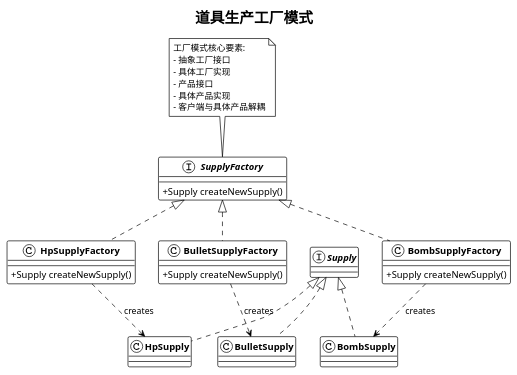
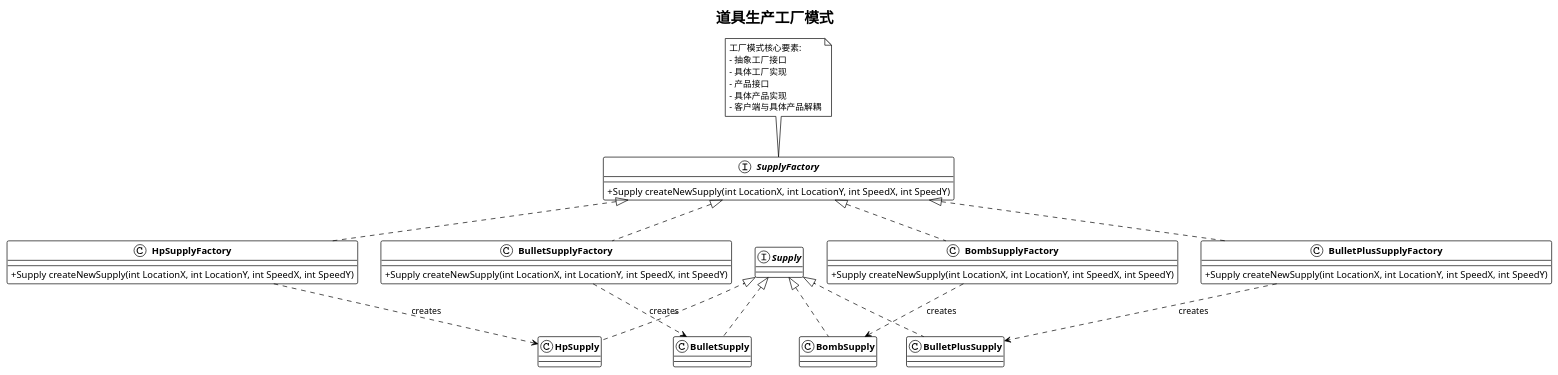
Before and after one commit to lxtf1216/AircraftWar: the diagram in uml/SupplyFactoryPattern.puml, drawn with PlantUML. The commit also changed 6 other files, not shown here.

```diff
--- a/uml/SupplyFactoryPattern.puml
+++ b/uml/SupplyFactoryPattern.puml
@@ -1,51 +1,61 @@
 @startuml SupplyFactoryPattern
 
 !theme plain
 skinparam classAttributeIconSize 0
 skinparam classFontStyle bold
 
 title 道具生产工厂模式
 
 interface SupplyFactory {
-    + Supply createNewSupply()
+    + Supply createNewSupply(int LocationX, int LocationY, int SpeedX, int SpeedY)
 }
 
 class HpSupplyFactory {
-    + Supply createNewSupply()
+    + Supply createNewSupply(int LocationX, int LocationY, int SpeedX, int SpeedY)
 }
 
 class BulletSupplyFactory {
-    + Supply createNewSupply()
+    + Supply createNewSupply(int LocationX, int LocationY, int SpeedX, int SpeedY)
 }
 
 class BombSupplyFactory {
-    + Supply createNewSupply()
+    + Supply createNewSupply(int LocationX, int LocationY, int SpeedX, int SpeedY)
+}
+
+class BulletPlusSupplyFactory {
+    + Supply createNewSupply(int LocationX, int LocationY, int SpeedX, int SpeedY)
 }
 
 interface Supply {
 }
 
 class HpSupply {
 }
 
 class BulletSupply {
 }
 
 class BombSupply {
 }
 
+class BulletPlusSupply {
+}
+
 SupplyFactory <|.. HpSupplyFactory
 SupplyFactory <|.. BulletSupplyFactory
 SupplyFactory <|.. BombSupplyFactory
+SupplyFactory <|.. BulletPlusSupplyFactory
 
 Supply <|.. HpSupply
 Supply <|.. BulletSupply
 Supply <|.. BombSupply
+Supply <|.. BulletPlusSupply
 
 HpSupplyFactory ..> HpSupply : creates
 BulletSupplyFactory ..> BulletSupply : creates
 BombSupplyFactory ..> BombSupply : creates
+BulletPlusSupplyFactory ..> BulletPlusSupply : creates
 
 note top of SupplyFactory : 工厂模式核心要素:\n- 抽象工厂接口\n- 具体工厂实现\n- 产品接口\n- 具体产品实现\n- 客户端与具体产品解耦
 
 @enduml
```
